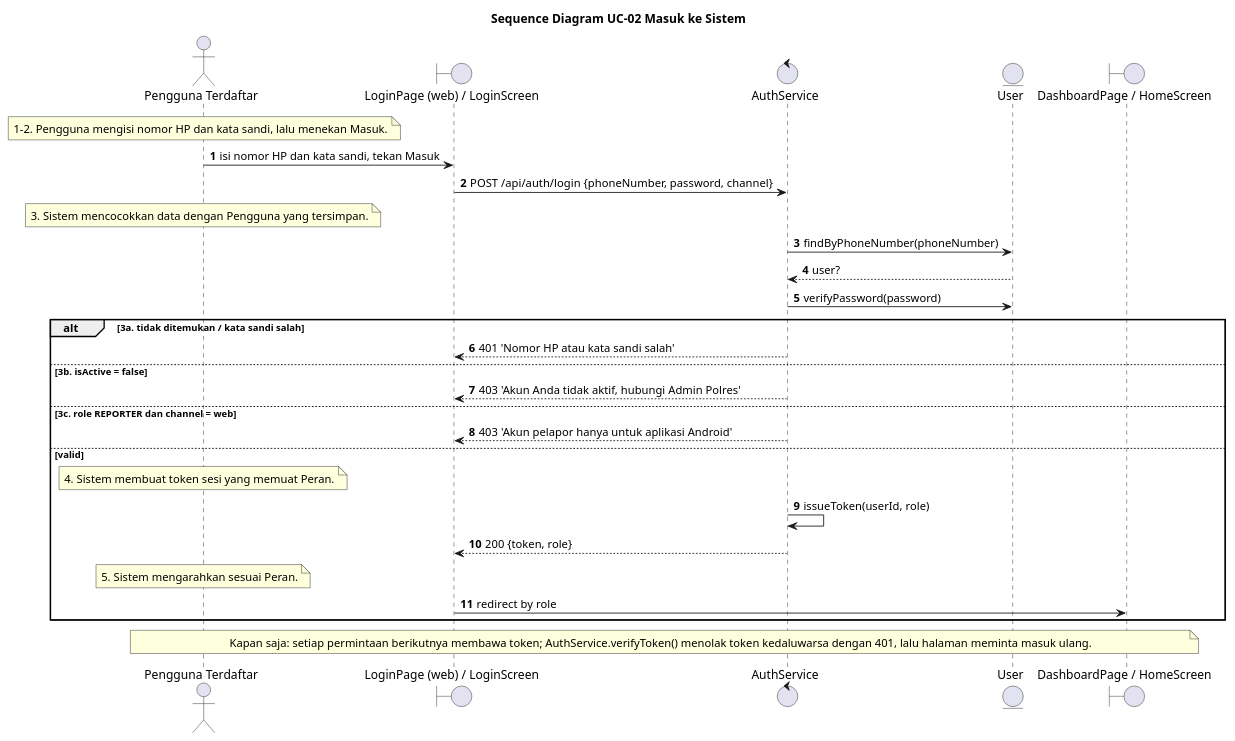
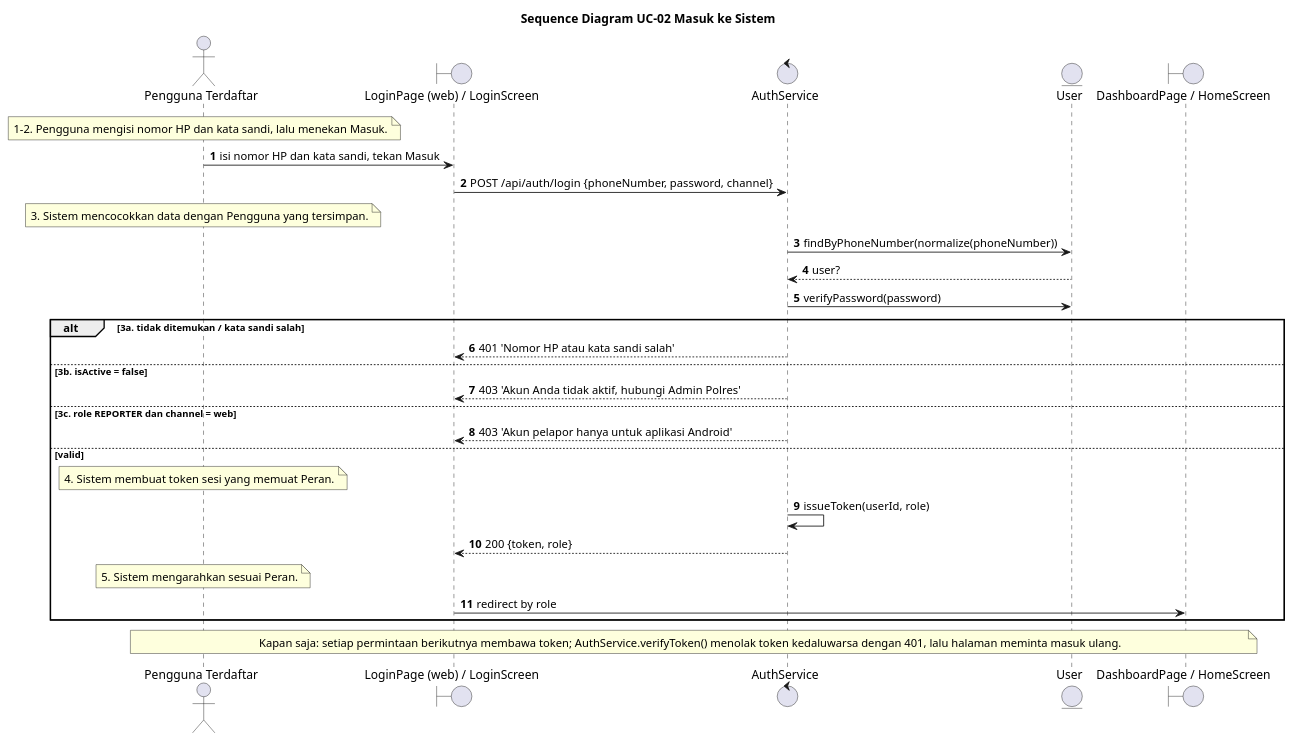
Before and after one commit to wirapatigilang/laporapi-api-web: the diagram in specs/002-uc02-sign-in/iconix/uc02-sequence.puml, drawn with PlantUML. The commit also changed 11 other files, not shown here.

First line of the commit message:
Diagram robustness dan sequence UC-01/UC-02 dirender ulang tanpa email

```diff
--- a/specs/002-uc02-sign-in/iconix/uc02-sequence.puml
+++ b/specs/002-uc02-sign-in/iconix/uc02-sequence.puml
@@ -1,30 +1,30 @@
 @startuml
 title Sequence Diagram UC-02 Masuk ke Sistem
 autonumber
 actor "Pengguna Terdaftar" as usr
 boundary "LoginPage (web) / LoginScreen" as hal
 control "AuthService" as auth
 entity "User" as png
 boundary "DashboardPage / HomeScreen" as dsb
 note over usr : 1–2. Pengguna mengisi nomor HP dan kata sandi, lalu menekan Masuk.
 usr -> hal : isi nomor HP dan kata sandi, tekan Masuk
 hal -> auth : POST /api/auth/login {phoneNumber, password, channel}
 note over usr : 3. Sistem mencocokkan data dengan Pengguna yang tersimpan.
-auth -> png : findByPhoneNumber(phoneNumber)
+auth -> png : findByPhoneNumber(normalize(phoneNumber))
 png --> auth : user?
 auth -> png : verifyPassword(password)
 alt 3a. tidak ditemukan / kata sandi salah
 auth --> hal : 401 'Nomor HP atau kata sandi salah'
 else 3b. isActive = false
 auth --> hal : 403 'Akun Anda tidak aktif, hubungi Admin Polres'
 else 3c. role REPORTER dan channel = web
 auth --> hal : 403 'Akun pelapor hanya untuk aplikasi Android'
 else valid
 note over usr : 4. Sistem membuat token sesi yang memuat Peran.
 auth -> auth : issueToken(userId, role)
 auth --> hal : 200 {token, role}
 note over usr : 5. Sistem mengarahkan sesuai Peran.
 hal -> dsb : redirect by role
 end
 note across : Kapan saja: setiap permintaan berikutnya membawa token; AuthService.verifyToken() menolak token kedaluwarsa dengan 401, lalu halaman meminta masuk ulang.
 @enduml
```
